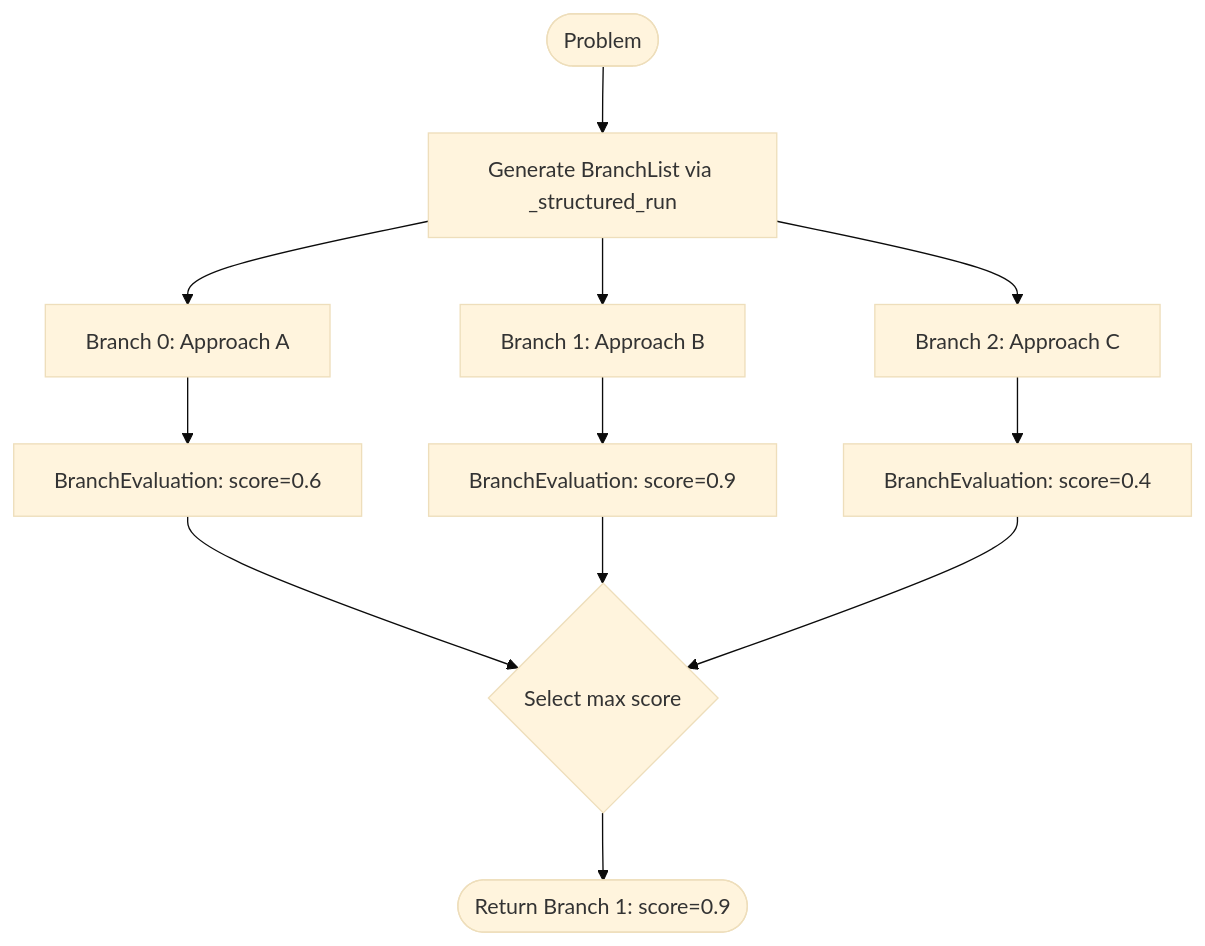
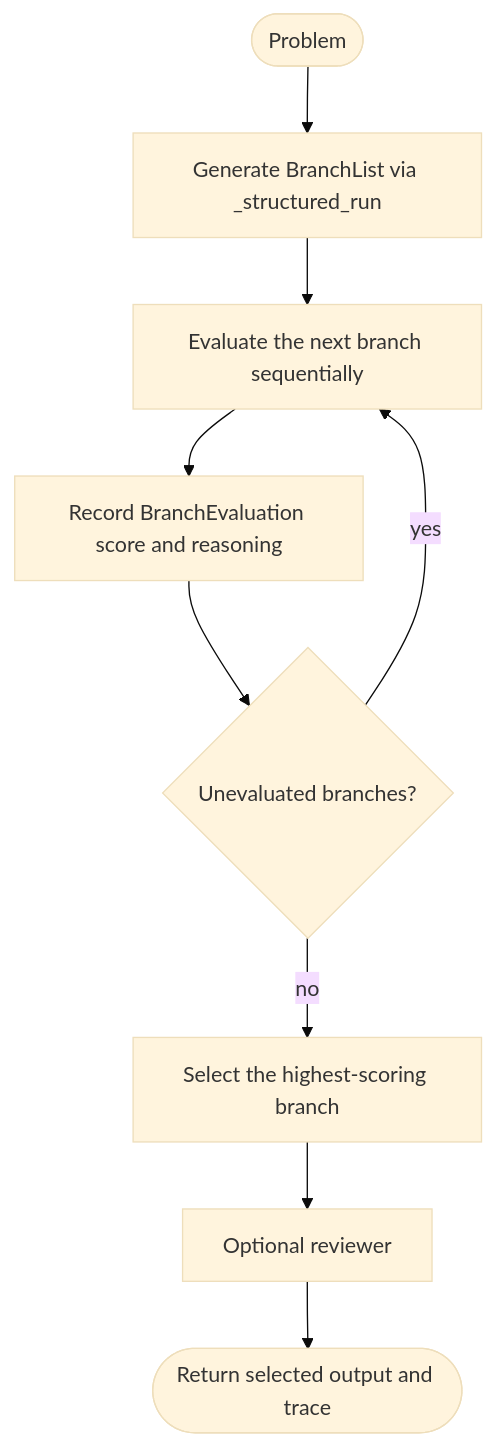
The ninth of 12 diagrams in docs/reasoning.md (fireflyframework/fireflyframework-agentic), drawn with Mermaid (base theme) before and after one commit. The commit also changed other lines of this file and 49 other files, not shown here.

Commit message:
Align diagrams and guides with framework behavior

````diff
--- a/docs/reasoning.md
+++ b/docs/reasoning.md
@@ -494,14 +495,11 @@
 ```mermaid
 flowchart TD
     PROBLEM([Problem]) --> BRANCH["Generate BranchList via _structured_run"]
-    BRANCH --> B1["Branch 0: Approach A"]
-    BRANCH --> B2["Branch 1: Approach B"]
-    BRANCH --> B3["Branch 2: Approach C"]
-    B1 --> E1["BranchEvaluation: score=0.6"]
-    B2 --> E2["BranchEvaluation: score=0.9"]
-    B3 --> E3["BranchEvaluation: score=0.4"]
-    E1 --> SELECT{Select max score}
-    E2 --> SELECT
-    E3 --> SELECT
-    SELECT --> BEST(["Return Branch 1: score=0.9"])
+    BRANCH --> EVALUATE["Evaluate the next branch sequentially"]
+    EVALUATE --> SCORE["Record BranchEvaluation score and reasoning"]
+    SCORE --> MORE{"Unevaluated branches?"}
+    MORE -->|yes| EVALUATE
+    MORE -->|no| SELECT["Select the highest-scoring branch"]
+    SELECT --> REVIEW["Optional reviewer"]
+    REVIEW --> BEST(["Return selected output and trace"])
 ```
````
